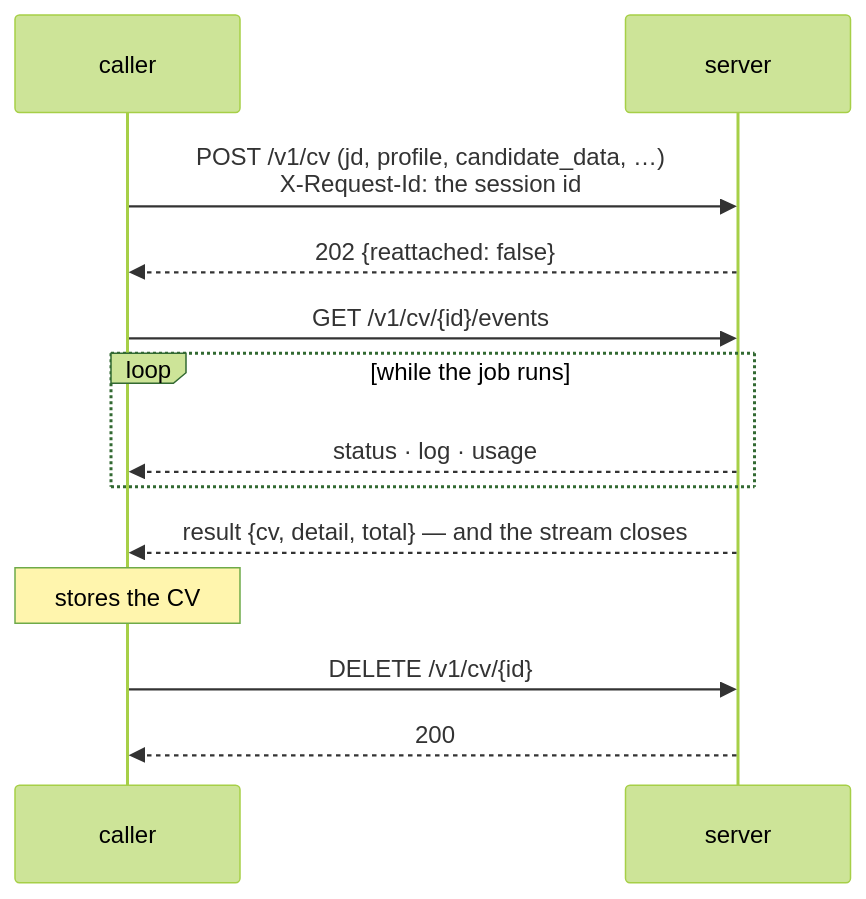
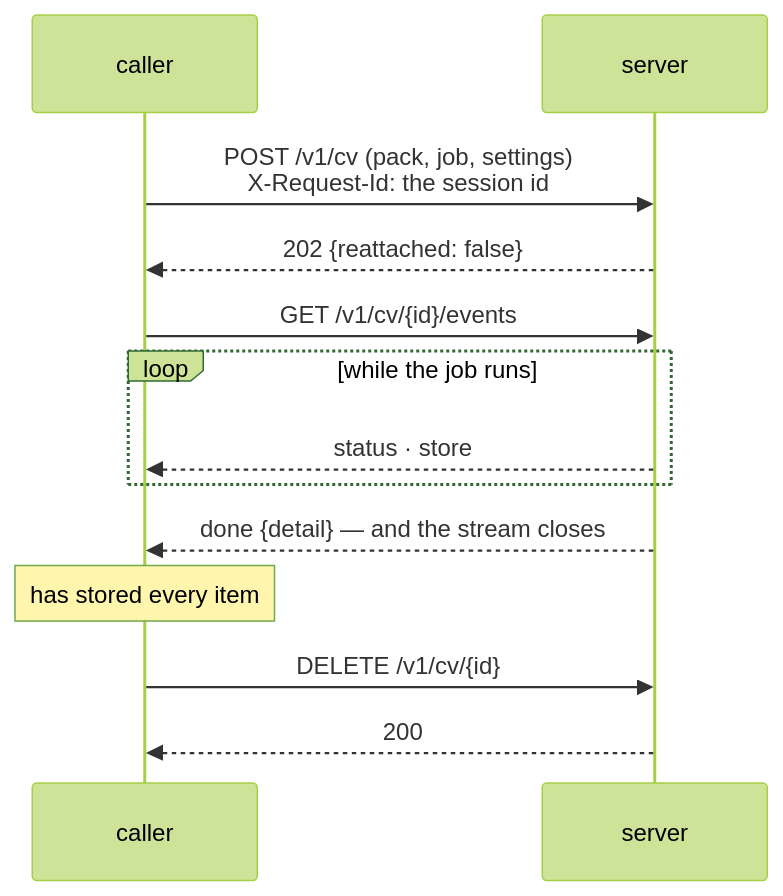
The diagram in doc/protocol.md (gcontini/ats-strike), drawn with Mermaid (forest theme) before and after one commit. The commit also changed other lines of this file and 309 other files, not shown here.

````diff
--- a/doc/protocol.md
+++ b/doc/protocol.md
@@ -149,15 +161,15 @@
 ```mermaid
 sequenceDiagram
     participant C as caller
     participant S as server
-    C->>S: POST /v1/cv (jd, profile, candidate_data, …)<br/>X-Request-Id: the session id
+    C->>S: POST /v1/cv (pack, job, settings)<br/>X-Request-Id: the session id
     S-->>C: 202 {reattached: false}
     C->>S: GET /v1/cv/{id}/events
     loop while the job runs
-        S-->>C: status · log · usage
+        S-->>C: status · store
     end
-    S-->>C: result {cv, detail, total} — and the stream closes
-    Note over C: stores the CV
+    S-->>C: done {detail} — and the stream closes
+    Note over C: has stored every item
     C->>S: DELETE /v1/cv/{id}
     S-->>C: 200
 ```
````
